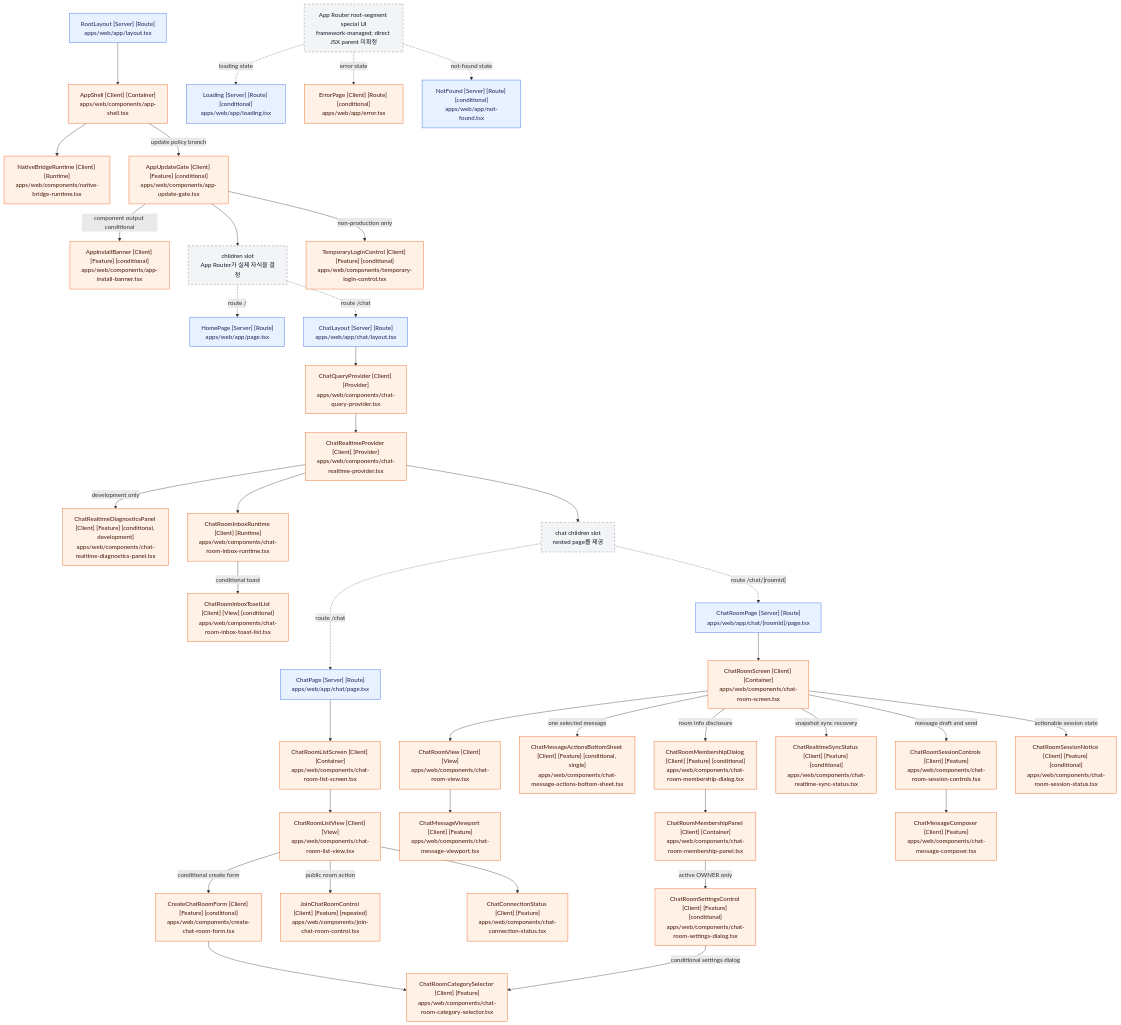
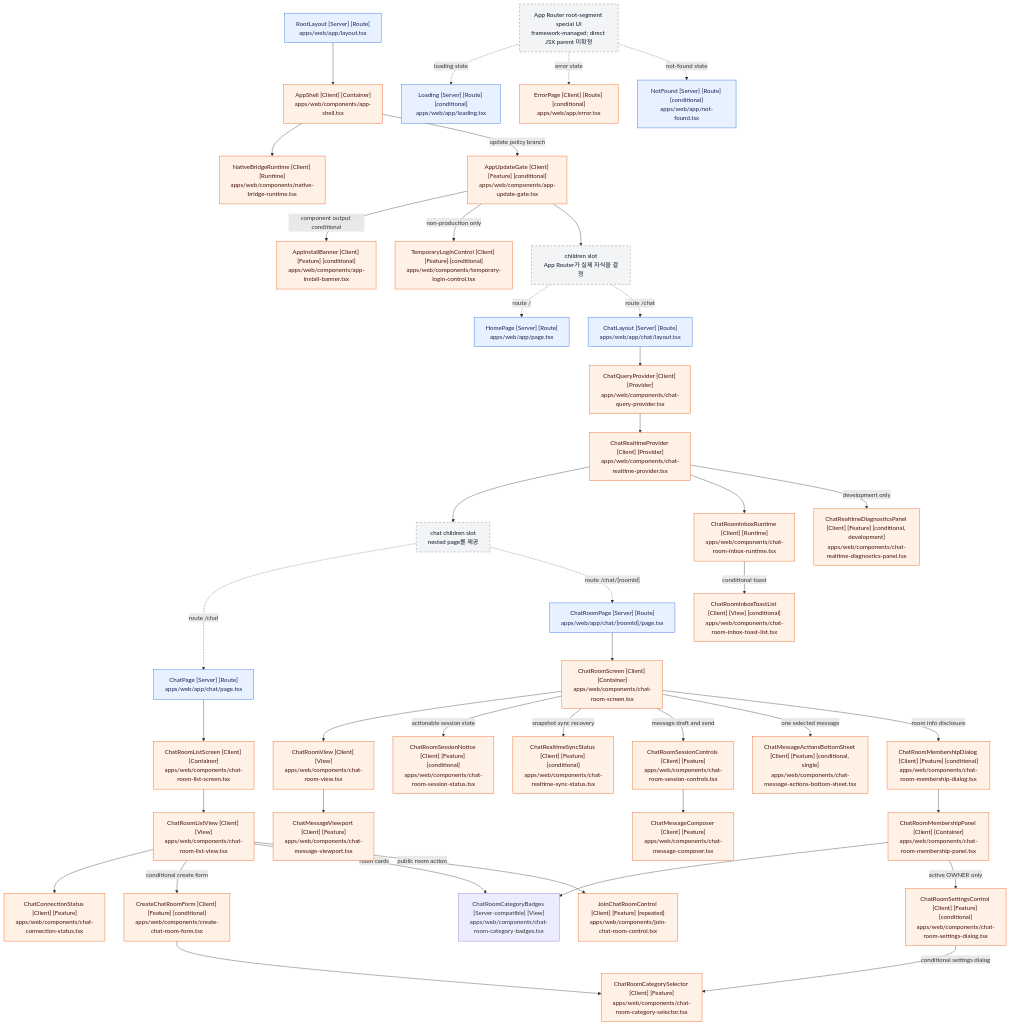
Before and after one commit to mokpombc17-coder/CIVIC-AI: the diagram in docs/architecture/react-component-tree.md, drawn with Mermaid. The commit also changed other lines of this file and 7 other files, not shown here.

Commit message:
feat(web): show room category badges

```diff
--- a/docs/architecture/react-component-tree.md
+++ b/docs/architecture/react-component-tree.md
@@ -185,6 +188,7 @@
     ChatRoomListView["ChatRoomListView [Client] [View]<br/>apps/web/components/chat-room-list-view.tsx"]
     CreateChatRoomForm["CreateChatRoomForm [Client] [Feature] [conditional]<br/>apps/web/components/create-chat-room-form.tsx"]
     ChatRoomCategorySelector["ChatRoomCategorySelector [Client] [Feature]<br/>apps/web/components/chat-room-category-selector.tsx"]
+    ChatRoomCategoryBadges["ChatRoomCategoryBadges [Server-compatible] [View]<br/>apps/web/components/chat-room-category-badges.tsx"]
     JoinChatRoomControl["JoinChatRoomControl [Client] [Feature] [repeated]<br/>apps/web/components/join-chat-room-control.tsx"]
     ChatConnectionStatus["ChatConnectionStatus [Client] [Feature]<br/>apps/web/components/chat-connection-status.tsx"]
     ChatRoomPage["ChatRoomPage [Server] [Route]<br/>apps/web/app/chat/[roomId]/page.tsx"]
@@ -228,6 +232,7 @@
     ChatRoomListView --> ChatConnectionStatus
     ChatRoomListView -->|"conditional create form"| CreateChatRoomForm
     CreateChatRoomForm --> ChatRoomCategorySelector
+    ChatRoomListView -->|"room cards"| ChatRoomCategoryBadges
     ChatRoomListView -->|"public room action"| JoinChatRoomControl
     ChatRoomPage --> ChatRoomScreen
     ChatRoomScreen --> ChatRoomView
@@ -239,6 +244,7 @@
     ChatRoomScreen -->|"one selected message"| ChatMessageActionsBottomSheet
     ChatRoomScreen -->|"room info disclosure"| ChatRoomMembershipDialog
     ChatRoomMembershipDialog --> ChatRoomMembershipPanel
+    ChatRoomMembershipPanel --> ChatRoomCategoryBadges
     ChatRoomMembershipPanel -->|"active OWNER only"| ChatRoomSettingsControl
     ChatRoomSettingsControl -->|"conditional settings dialog"| ChatRoomCategorySelector
 
```
